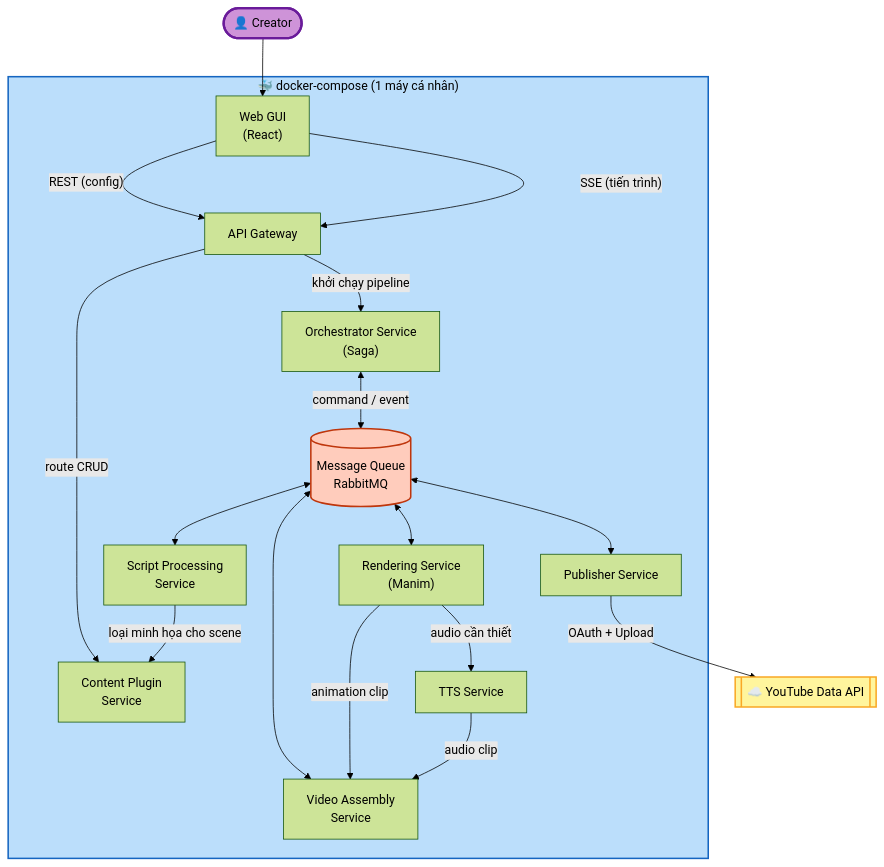
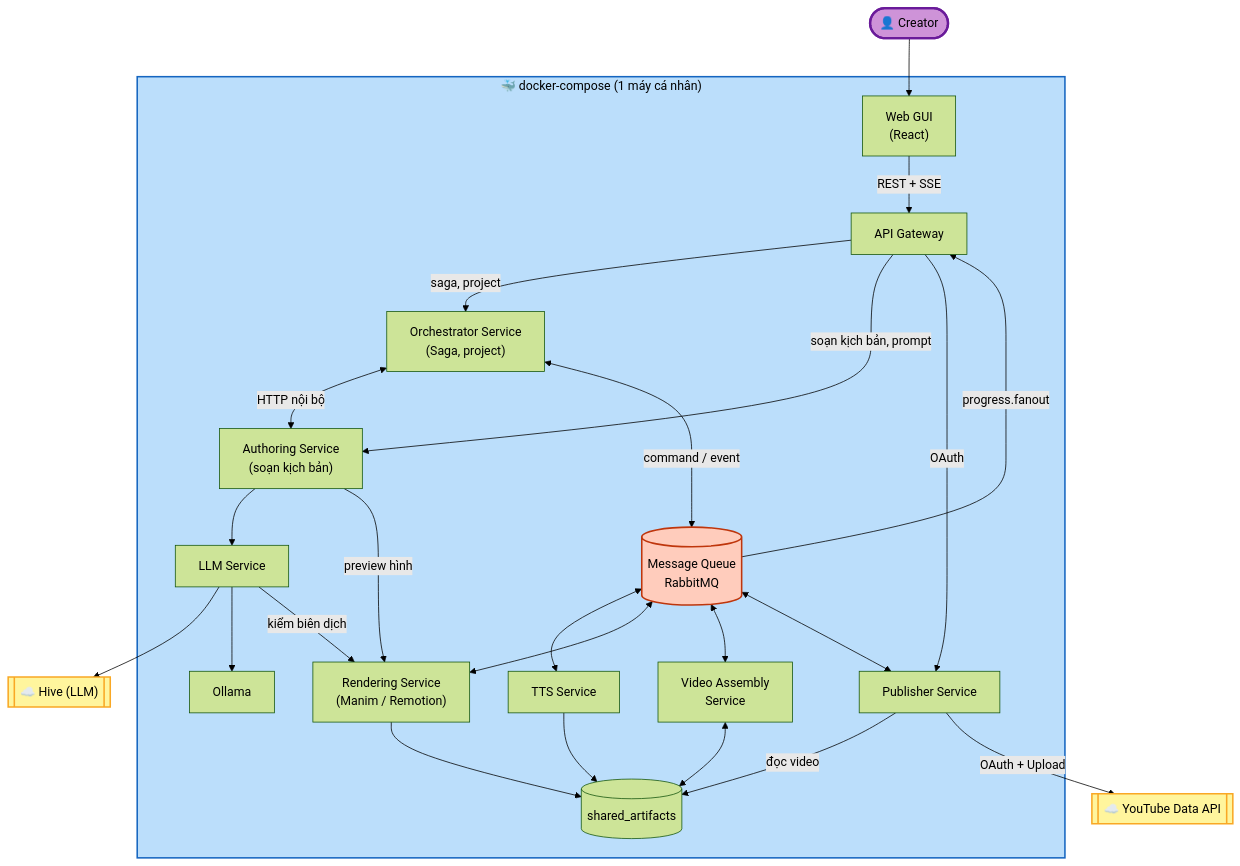
Before and after one commit to ngoc31031997/ConceptFlow: the diagram in aidlc-docs/inception/high-level-design/architecture-overview.md, drawn with Mermaid (forest theme). The commit also changed other lines of this file and 90 other files, not shown here.

````diff
--- a/aidlc-docs/inception/high-level-design/architecture-overview.md
+++ b/aidlc-docs/inception/high-level-design/architecture-overview.md
@@ -46,40 +58,51 @@
 ```mermaid
 flowchart TB
     Creator(["👤 Creator"])
 
     subgraph Docker["🐳 docker-compose (1 máy cá nhân)"]
         GUI["Web GUI<br/>(React)"]
         GW["API Gateway"]
-        ORCH["Orchestrator Service<br/>(Saga)"]
+        ORCH["Orchestrator Service<br/>(Saga, project)"]
+        AUTH["Authoring Service<br/>(soạn kịch bản)"]
+        LLM["LLM Service"]
+        OLLAMA["Ollama"]
         MQ[("Message Queue<br/>RabbitMQ")]
-        PLUGIN["Content Plugin<br/>Service"]
-        SCRIPT["Script Processing<br/>Service"]
-        RENDER["Rendering Service<br/>(Manim)"]
+        RENDER["Rendering Service<br/>(Manim / Remotion)"]
         TTS["TTS Service"]
         ASSEMBLY["Video Assembly<br/>Service"]
         PUBLISH["Publisher Service"]
+        VOL[("shared_artifacts")]
     end
 
     YT[["☁️ YouTube Data API"]]
+    HIVE[["☁️ Hive (LLM)"]]
 
     Creator --> GUI
-    GUI -- "REST (config)" --> GW
-    GUI -- "SSE (tiến trình)" --> GW
-    GW -- "khởi chạy pipeline" --> ORCH
-    GW -- "route CRUD" --> PLUGIN
+    GUI -- "REST + SSE" --> GW
+    GW -- "saga, project" --> ORCH
+    GW -- "soạn kịch bản, prompt" --> AUTH
+    GW -- "OAuth" --> PUBLISH
+    ORCH <-- "HTTP nội bộ" --> AUTH
+    AUTH --> LLM
+    LLM --> HIVE
+    LLM --> OLLAMA
+    LLM -- "kiểm biên dịch" --> RENDER
+    AUTH -- "preview hình" --> RENDER
     ORCH <-- "command / event" --> MQ
-    MQ <--> SCRIPT
+    MQ <--> TTS
     MQ <--> RENDER
     MQ <--> ASSEMBLY
     MQ <--> PUBLISH
-    SCRIPT -- "loại minh họa cho scene" --> PLUGIN
-    RENDER -- "audio cần thiết" --> TTS
-    RENDER -- "animation clip" --> ASSEMBLY
-    TTS -- "audio clip" --> ASSEMBLY
+    MQ -- "progress.fanout" --> GW
+    TTS --> VOL
+    RENDER --> VOL
+    ASSEMBLY <--> VOL
+    PUBLISH -- "đọc video" --> VOL
     PUBLISH -- "OAuth + Upload" --> YT
 
     style Docker fill:#BBDEFB,stroke:#1565C0,stroke-width:2px,color:#000
     style Creator fill:#CE93D8,stroke:#6A1B9A,stroke-width:3px,color:#000
     style YT fill:#FFF59D,stroke:#F9A825,stroke-width:2px,color:#000
+    style HIVE fill:#FFF59D,stroke:#F9A825,stroke-width:2px,color:#000
     style MQ fill:#FFCCBC,stroke:#BF360C,stroke-width:2px,color:#000
 ```
````
